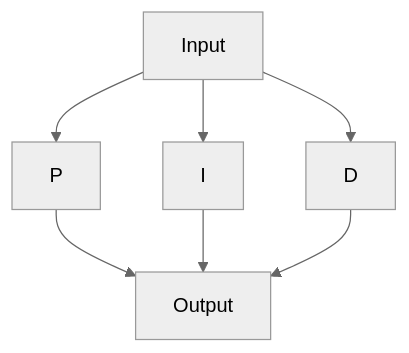
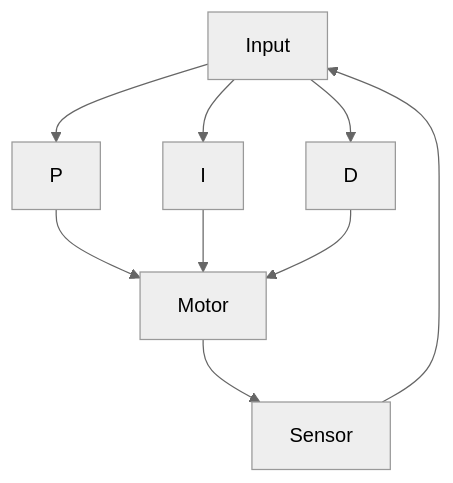
One commit to TheBaronBlood/Lego-Spike-Prime changed the diagram in Programms/PID.md. Above: the diagram before and after it, drawn with Mermaid (neutral theme).

````diff
--- a/Programms/PID.md
+++ b/Programms/PID.md
@@ -1,9 +1,11 @@
 ```mermaid
   graph TD;
       Input -->P;
       Input -->I;
       Input -->D;
-      P -->Output;
-      I -->Output;
-      D -->Output;
+      P -->Motor;
+      I -->Motor;
+      D -->Motor;
+      Motor -->Sensor;
+      Sensor --> Input
 ```
````
